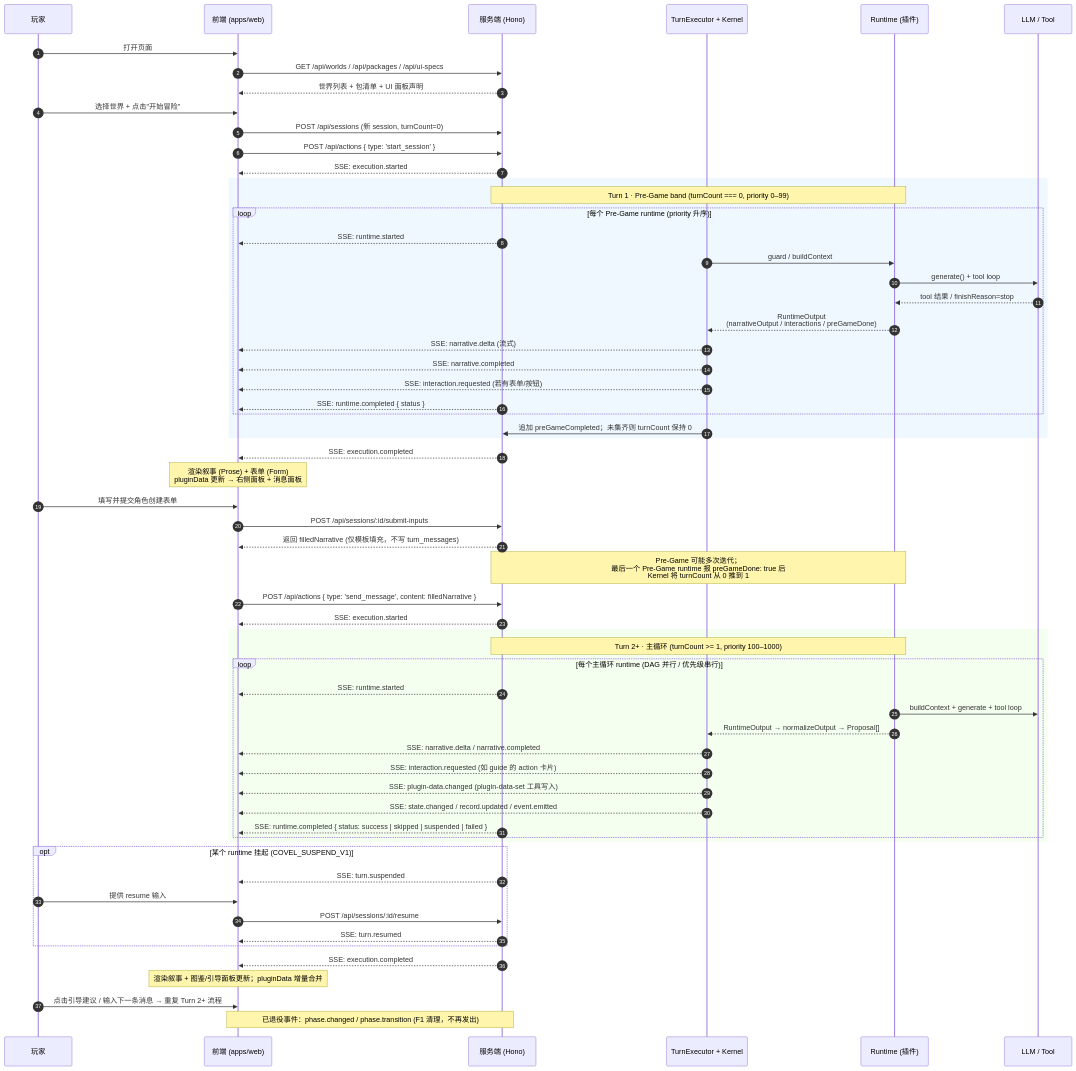
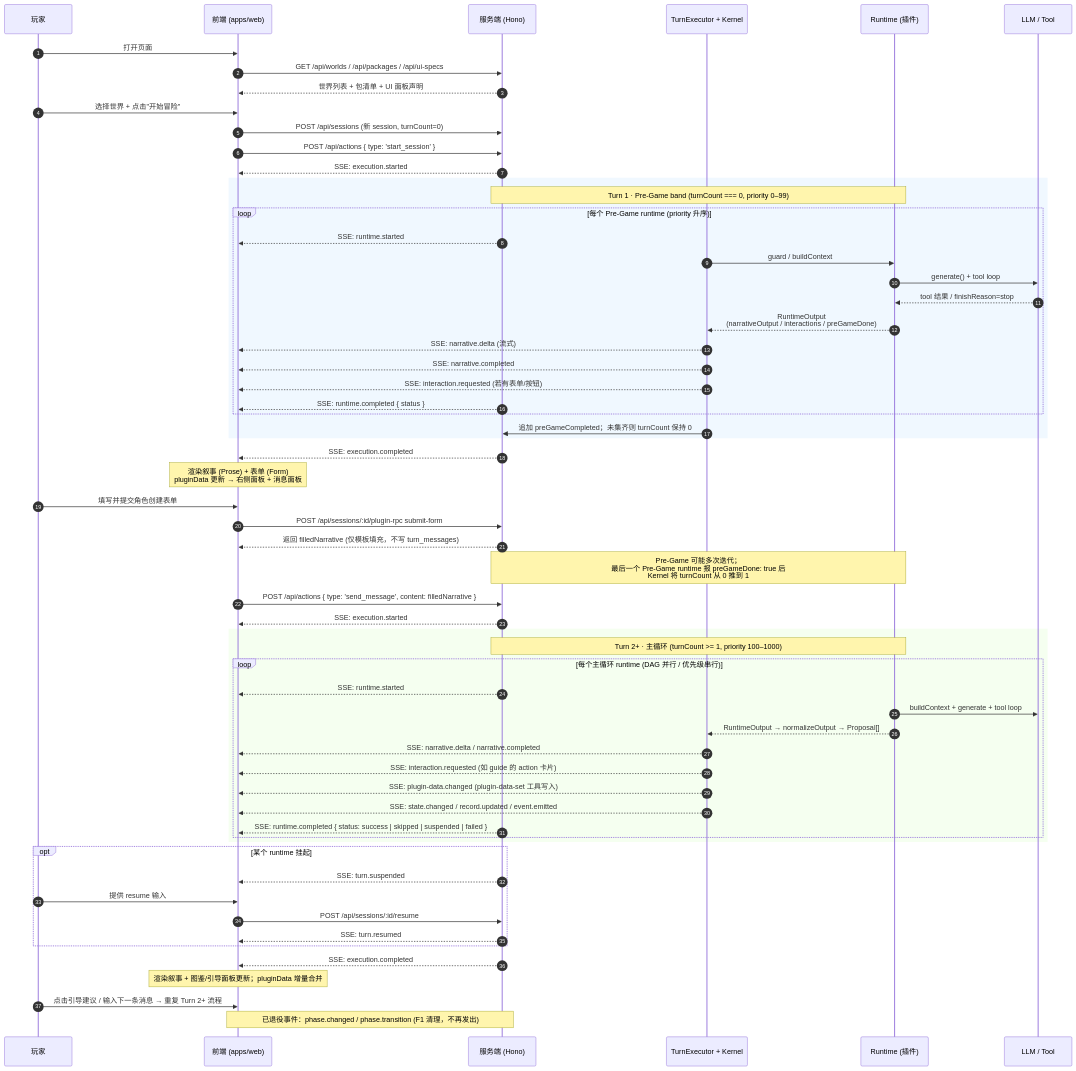
Before and after one commit to ackness/covel: the third of 3 diagrams in docs/architecture/flow.md, drawn with Mermaid. The commit also changed other lines of this file and 195 other files, not shown here.

````diff
--- a/docs/architecture/flow.md
+++ b/docs/architecture/flow.md
@@ -599,71 +599,71 @@
 ```mermaid
 sequenceDiagram
     autonumber
     participant Player as 玩家
     participant Web as 前端 (apps/web)
     participant Server as 服务端 (Hono)
     participant Kernel as TurnExecutor + Kernel
     participant Plugin as Runtime (插件)
     participant LLM as LLM / Tool
 
     Player->>Web: 打开页面
     Web->>Server: GET /api/worlds / /api/packages / /api/ui-specs
     Server-->>Web: 世界列表 + 包清单 + UI 面板声明
     Player->>Web: 选择世界 + 点击"开始冒险"
     Web->>Server: POST /api/sessions (新 session, turnCount=0)
     Web->>Server: POST /api/actions { type: 'start_session' }
     Server-->>Web: SSE: execution.started
 
     rect rgb(240, 248, 255)
     Note over Server,Plugin: Turn 1 · Pre-Game band (turnCount === 0, priority 0–99)
     loop 每个 Pre-Game runtime (priority 升序)
         Server-->>Web: SSE: runtime.started
         Kernel->>Plugin: guard / buildContext
         Plugin->>LLM: generate() + tool loop
         LLM-->>Plugin: tool 结果 / finishReason=stop
         Plugin-->>Kernel: RuntimeOutput<br/>(narrativeOutput / interactions / preGameDone)
         Kernel-->>Web: SSE: narrative.delta (流式)
         Kernel-->>Web: SSE: narrative.completed
         Kernel-->>Web: SSE: interaction.requested (若有表单/按钮)
         Server-->>Web: SSE: runtime.completed { status }
     end
     Kernel->>Server: 追加 preGameCompleted；未集齐则 turnCount 保持 0
     end
     Server-->>Web: SSE: execution.completed
     Note over Web: 渲染叙事 (Prose) + 表单 (Form)<br/>pluginData 更新 → 右侧面板 + 消息面板
 
     Player->>Web: 填写并提交角色创建表单
-    Web->>Server: POST /api/sessions/:id/submit-inputs
+    Web->>Server: POST /api/sessions/:id/plugin-rpc submit-form
     Server-->>Web: 返回 filledNarrative (仅模板填充，不写 turn_messages)
 
     Note over Server,Plugin: Pre-Game 可能多次迭代；<br/>最后一个 Pre-Game runtime 报 preGameDone: true 后<br/>Kernel 将 turnCount 从 0 推到 1
     Web->>Server: POST /api/actions { type: 'send_message', content: filledNarrative }
     Server-->>Web: SSE: execution.started
 
     rect rgb(245, 255, 240)
     Note over Server,Plugin: Turn 2+ · 主循环 (turnCount >= 1, priority 100–1000)
     loop 每个主循环 runtime (DAG 并行 / 优先级串行)
         Server-->>Web: SSE: runtime.started
         Plugin->>LLM: buildContext + generate + tool loop
         Plugin-->>Kernel: RuntimeOutput → normalizeOutput → Proposal[]
         Kernel-->>Web: SSE: narrative.delta / narrative.completed
         Kernel-->>Web: SSE: interaction.requested (如 guide 的 action 卡片)
         Kernel-->>Web: SSE: plugin-data.changed (plugin-data-set 工具写入)
         Kernel-->>Web: SSE: state.changed / record.updated / event.emitted
         Server-->>Web: SSE: runtime.completed { status: success | skipped | suspended | failed }
     end
     end
 
-    opt 某个 runtime 挂起 (COVEL_SUSPEND_V1)
+    opt 某个 runtime 挂起
         Server-->>Web: SSE: turn.suspended
         Player->>Web: 提供 resume 输入
         Web->>Server: POST /api/sessions/:id/resume
         Server-->>Web: SSE: turn.resumed
     end
 
     Server-->>Web: SSE: execution.completed
     Note over Web: 渲染叙事 + 图鉴/引导面板更新；pluginData 增量合并
     Player->>Web: 点击引导建议 / 输入下一条消息 → 重复 Turn 2+ 流程
 
     Note over Server,Web: 已退役事件：phase.changed / phase.transition (F1 清理，不再发出)
 ```
````
